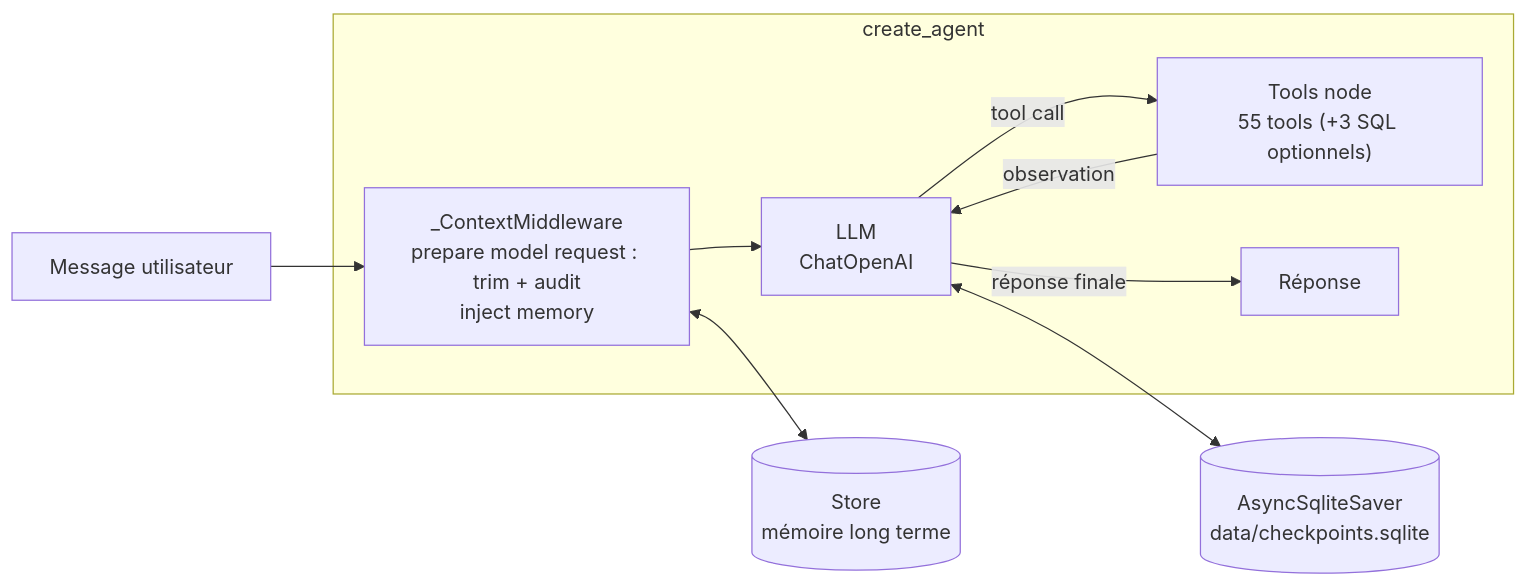
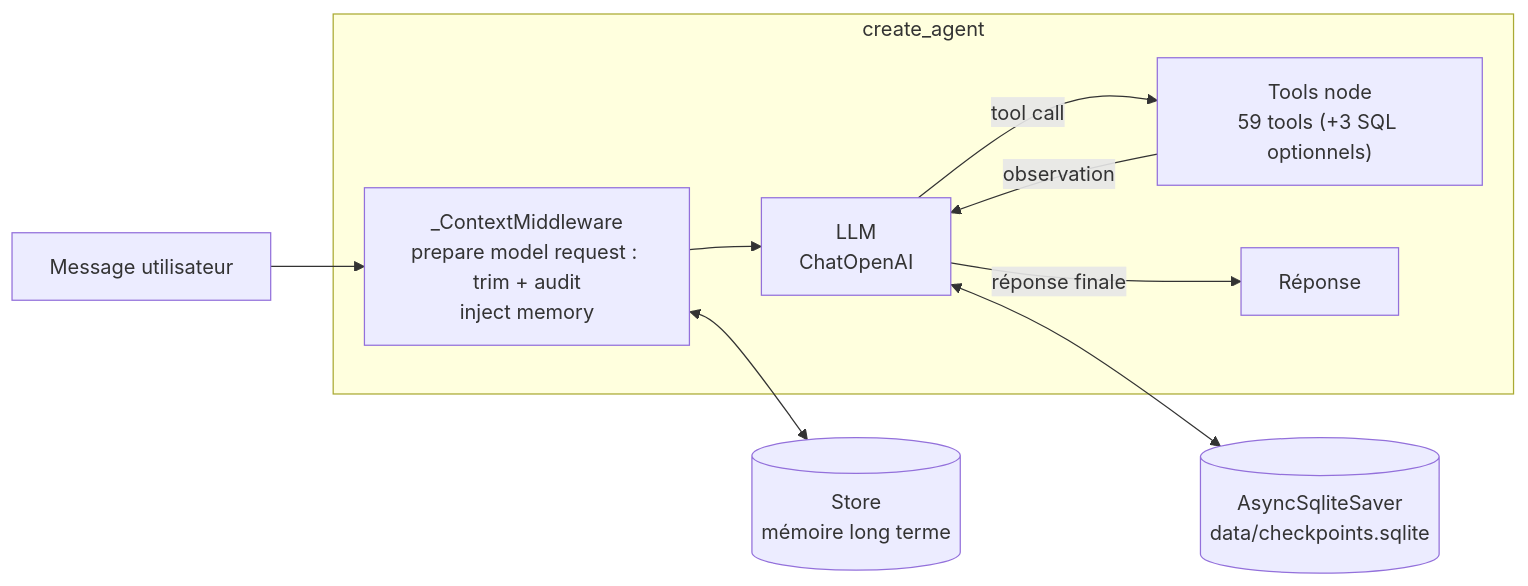
One commit to TidianeCisse777/IDEA changed the second of 2 diagrams in ARCHITECTURE.md. Above: the diagram before and after it, drawn with Mermaid. The commit also changed other lines of this file and 12 other files, not shown here.

````diff
--- a/ARCHITECTURE.md
+++ b/ARCHITECTURE.md
@@ -90,19 +90,19 @@
 ```mermaid
 flowchart LR
     IN[Message utilisateur] --> HOOK
 
     subgraph Agent["create_agent"]
         HOOK["_ContextMiddleware<br/>prepare model request : trim + audit<br/>inject memory"]
         MODEL["LLM<br/>ChatOpenAI"]
-        TOOLS["Tools node<br/>55 tools (+3 SQL optionnels)"]
+        TOOLS["Tools node<br/>59 tools (+3 SQL optionnels)"]
         HOOK --> MODEL
         MODEL -->|tool call| TOOLS
         TOOLS -->|observation| MODEL
         MODEL -->|réponse finale| OUT[Réponse]
     end
 
     CKPT[("AsyncSqliteSaver<br/>data/checkpoints.sqlite")]
     STORE[("Store<br/>mémoire long terme")]
     MODEL <--> CKPT
     HOOK <--> STORE
 ```
````
